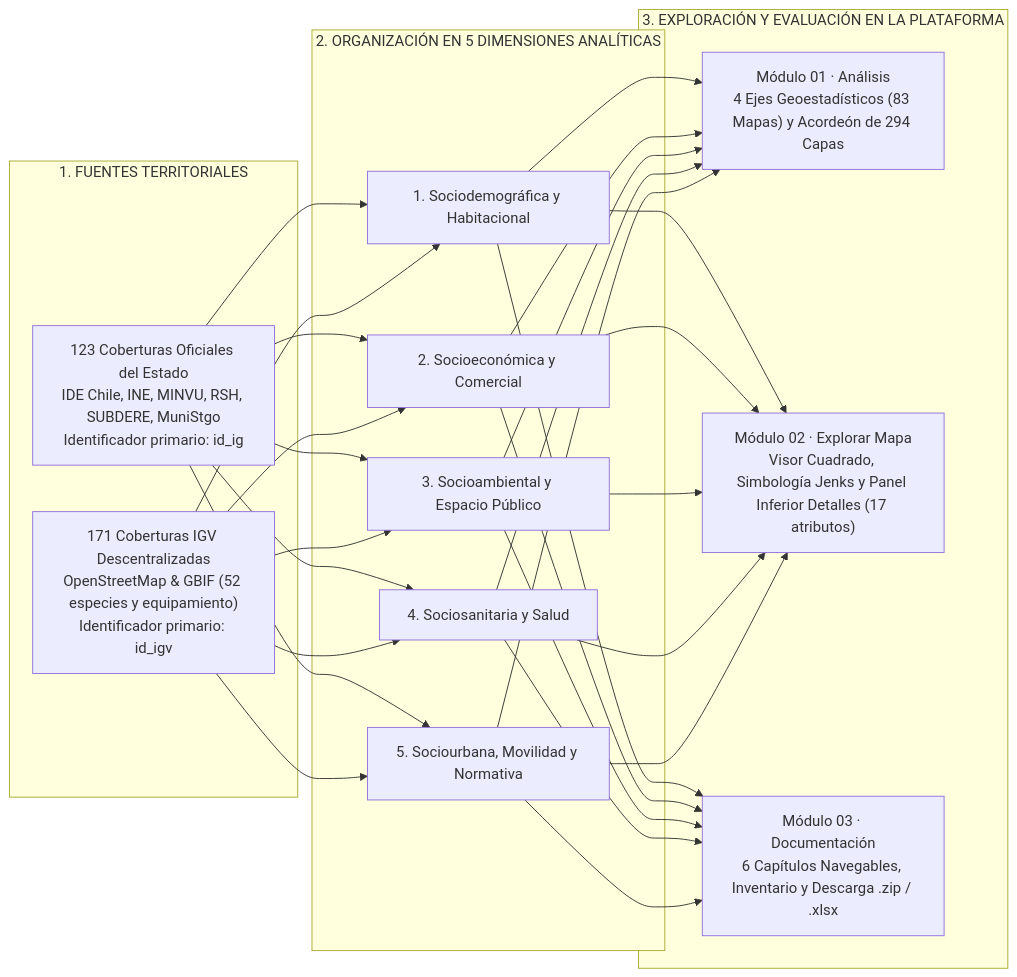
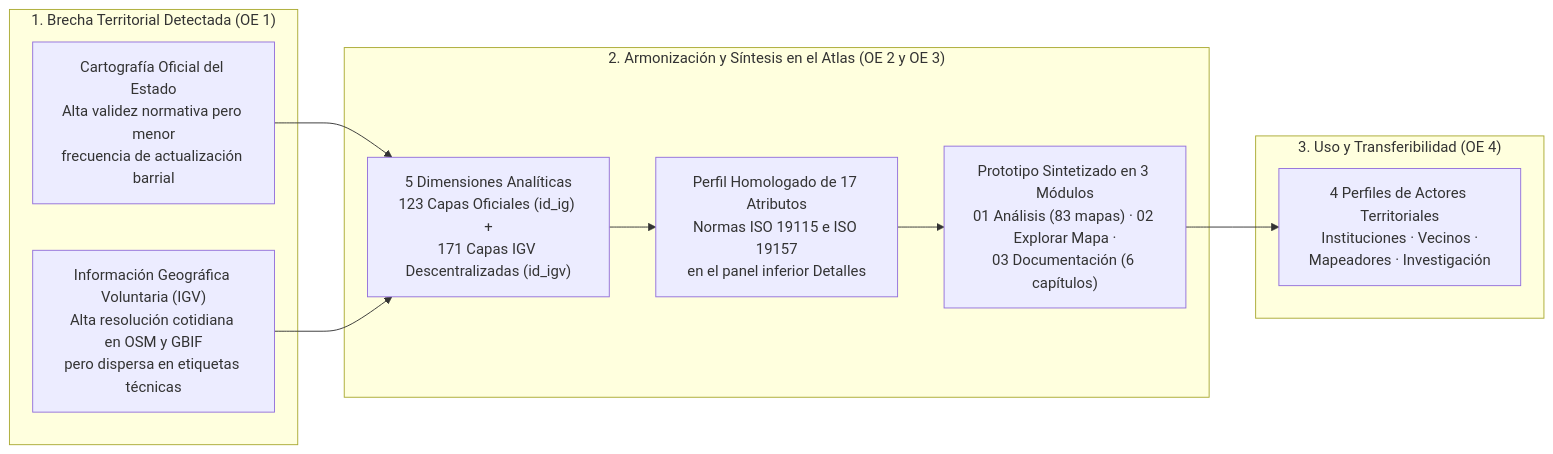
One commit to GEOJOTA/atlas-vgi-barrio-brasil changed the diagram in docs/TRAZABILIDAD.md. Above: the diagram before and after it, drawn with Mermaid. The commit also changed other lines of this file and 22 other files, not shown here.

````diff
--- a/docs/TRAZABILIDAD.md
+++ b/docs/TRAZABILIDAD.md
@@ -32,23 +17,19 @@
 ```mermaid
 flowchart LR
-    subgraph FUENTES["1. FUENTES TERRITORIALES"]
-        OFI["123 Coberturas Oficiales del Estado<br/>IDE Chile, INE, MINVU, RSH, SUBDERE, MuniStgo<br/>Identificador primario: id_ig"]
-        IGV["171 Coberturas IGV Descentralizadas<br/>OpenStreetMap & GBIF (52 especies y equipamiento)<br/>Identificador primario: id_igv"]
+    subgraph PROB["1. Brecha Territorial Detectada (OE 1)"]
+        B1["Cartografía Oficial del Estado\nAlta validez normativa pero menor\nfrecuencia de actualización barrial"]
+        B2["Información Geográfica Voluntaria (IGV)\nAlta resolución cotidiana en OSM y GBIF\npero dispersa en etiquetas técnicas"]
     end
 
-    subgraph DIM["2. ORGANIZACIÓN EN 5 DIMENSIONES ANALÍTICAS"]
-        D1["1. Sociodemográfica y Habitacional"]
-        D2["2. Socioeconómica y Comercial"]
-        D3["3. Socioambiental y Espacio Público"]
-        D4["4. Sociosanitaria y Salud"]
-        D5["5. Sociourbana, Movilidad y Normativa"]
+    subgraph SOL["2. Armonización y Síntesis en el Atlas (OE 2 y OE 3)"]
+        S1["5 Dimensiones Analíticas\n123 Capas Oficiales (id_ig) +\n171 Capas IGV Descentralizadas (id_igv)"]
+        S2["Perfil Homologado de 17 Atributos\nNormas ISO 19115 e ISO 19157\nen el panel inferior Detalles"]
+        S3["Prototipo Sintetizado en 3 Módulos\n01 Análisis (83 mapas) · 02 Explorar Mapa ·\n03 Documentación (6 capítulos)"]
     end
 
-    subgraph SALIDA["3. EXPLORACIÓN Y EVALUACIÓN EN LA PLATAFORMA"]
-        M1["Módulo 01 · Análisis<br/>4 Ejes Geoestadísticos (83 Mapas) y Acordeón de 294 Capas"]
-        M2["Módulo 02 · Explorar Mapa<br/>Visor Cuadrado, Simbología Jenks y Panel Inferior Detalles (17 atributos)"]
-        M3["Módulo 03 · Documentación<br/>6 Capítulos Navegables, Inventario y Descarga .zip / .xlsx"]
+    subgraph IMP["3. Uso y Transferibilidad (OE 4)"]
+        U1["4 Perfiles de Actores Territoriales\nInstituciones · Vecinos ·\nMapeadores · Investigación"]
     end
 
-    OFI & IGV --> D1 & D2 & D3 & D4 & D5 --> M1 & M2 & M3
+    B1 & B2 --> S1 --> S2 --> S3 --> U1
 ```
````
